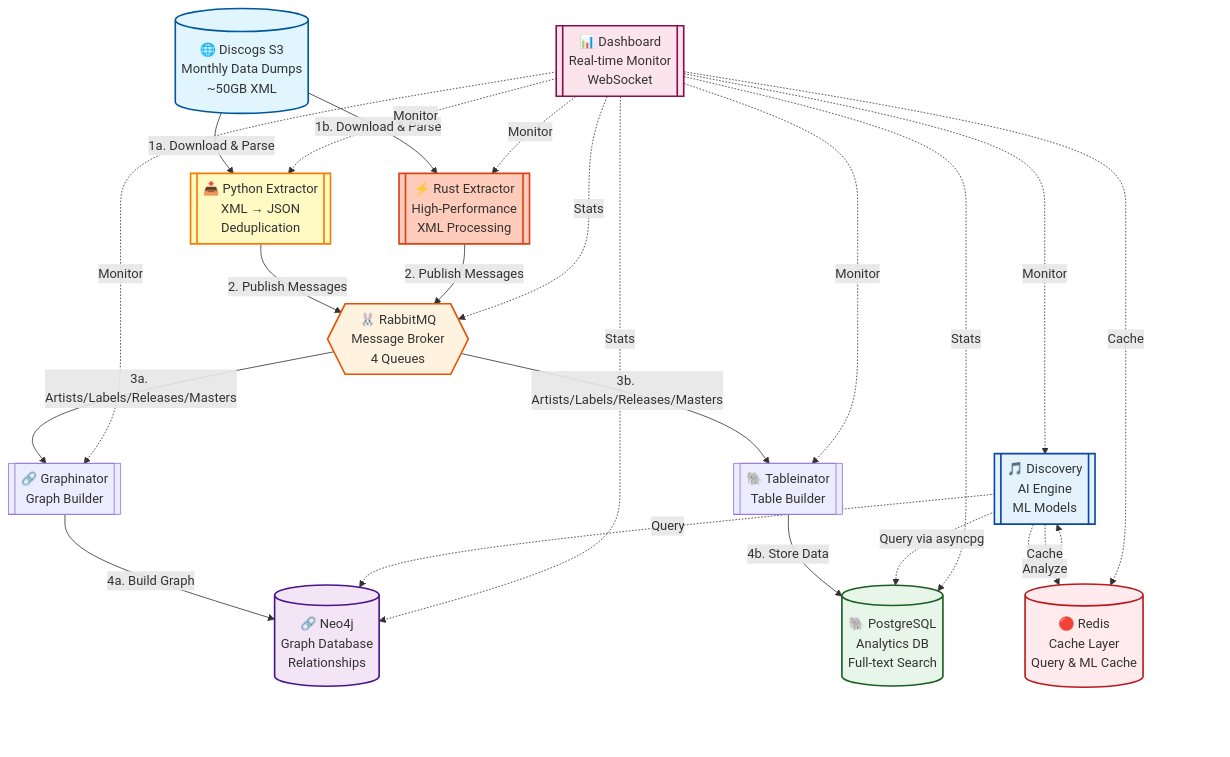
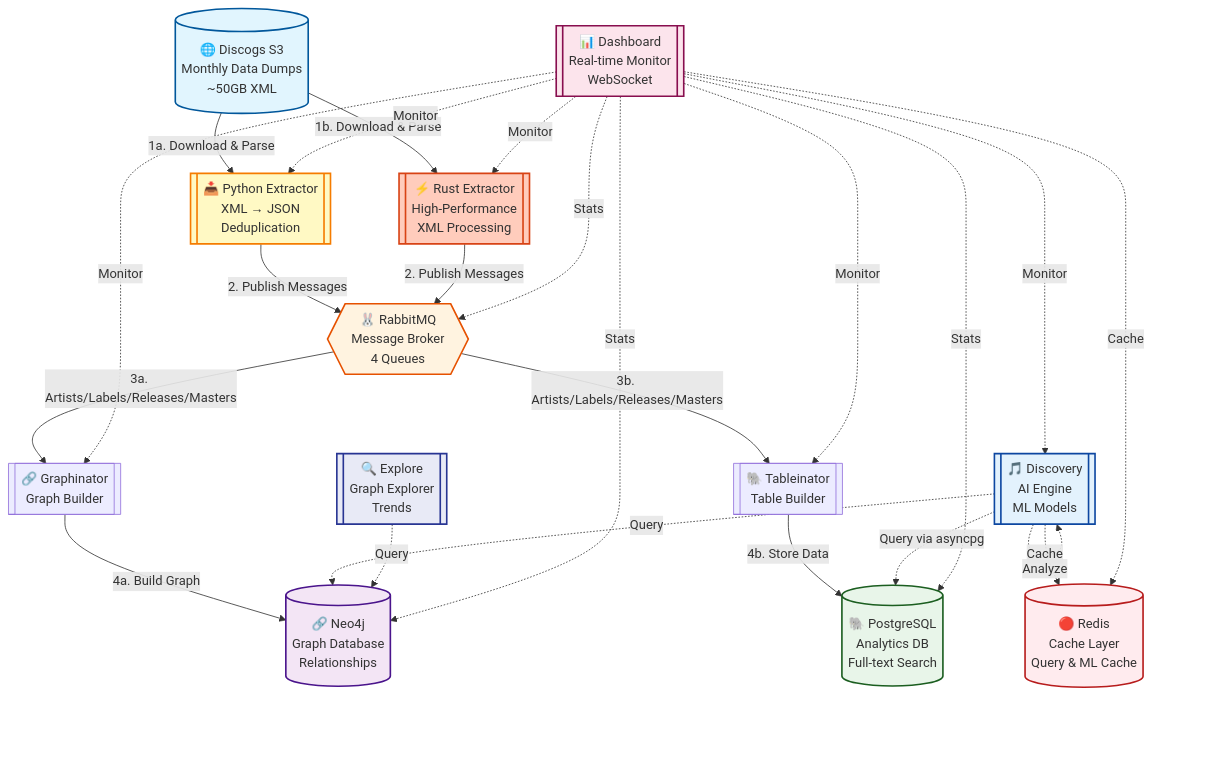
Before and after one commit to SimplicityGuy/discogsography: the diagram in README.md, drawn with Mermaid. The commit also changed other lines of this file and 33 other files, not shown here.

````diff
--- a/README.md
+++ b/README.md
@@ -54,48 +55,52 @@
 ```mermaid
 graph TD
     S3[("🌐 Discogs S3<br/>Monthly Data Dumps<br/>~50GB XML")]
     PYEXT[["📥 Python Extractor<br/>XML → JSON<br/>Deduplication"]]
     RSEXT[["⚡ Rust Extractor<br/>High-Performance<br/>XML Processing"]]
     RMQ{{"🐰 RabbitMQ<br/>Message Broker<br/>4 Queues"}}
     NEO4J[("🔗 Neo4j<br/>Graph Database<br/>Relationships")]
     PG[("🐘 PostgreSQL<br/>Analytics DB<br/>Full-text Search")]
     REDIS[("🔴 Redis<br/>Cache Layer<br/>Query & ML Cache")]
     GRAPH[["🔗 Graphinator<br/>Graph Builder"]]
     TABLE[["🐘 Tableinator<br/>Table Builder"]]
     DASH[["📊 Dashboard<br/>Real-time Monitor<br/>WebSocket"]]
     DISCO[["🎵 Discovery<br/>AI Engine<br/>ML Models"]]
+    EXPLORE[["🔍 Explore<br/>Graph Explorer<br/>Trends"]]
 
     S3 -->|1a. Download & Parse| PYEXT
     S3 -->|1b. Download & Parse| RSEXT
     PYEXT -->|2. Publish Messages| RMQ
     RSEXT -->|2. Publish Messages| RMQ
     RMQ -->|3a. Artists/Labels/Releases/Masters| GRAPH
     RMQ -->|3b. Artists/Labels/Releases/Masters| TABLE
     GRAPH -->|4a. Build Graph| NEO4J
     TABLE -->|4b. Store Data| PG
 
     DISCO -.->|Query| NEO4J
     DISCO -.->|Query via asyncpg| PG
     DISCO -.->|Cache| REDIS
     DISCO -.->|Analyze| DISCO
+
+    EXPLORE -.->|Query| NEO4J
 
     DASH -.->|Monitor| PYEXT
     DASH -.->|Monitor| RSEXT
     DASH -.->|Monitor| GRAPH
     DASH -.->|Monitor| TABLE
     DASH -.->|Monitor| DISCO
     DASH -.->|Cache| REDIS
     DASH -.->|Stats| RMQ
     DASH -.->|Stats| NEO4J
     DASH -.->|Stats| PG
 
     style S3 fill:#e1f5fe,stroke:#01579b,stroke-width:2px
     style PYEXT fill:#fff9c4,stroke:#f57c00,stroke-width:2px
     style RSEXT fill:#ffccbc,stroke:#d84315,stroke-width:2px
     style RMQ fill:#fff3e0,stroke:#e65100,stroke-width:2px
     style NEO4J fill:#f3e5f5,stroke:#4a148c,stroke-width:2px
     style PG fill:#e8f5e9,stroke:#1b5e20,stroke-width:2px
     style REDIS fill:#ffebee,stroke:#b71c1c,stroke-width:2px
     style DASH fill:#fce4ec,stroke:#880e4f,stroke-width:2px
     style DISCO fill:#e3f2fd,stroke:#0d47a1,stroke-width:2px
+    style EXPLORE fill:#e8eaf6,stroke:#283593,stroke-width:2px
 ```
````
